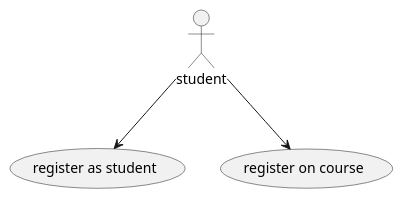
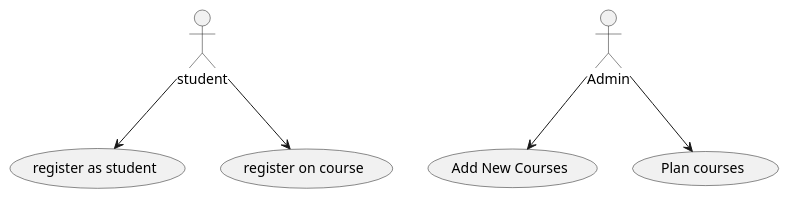
One commit to bigjim71/jpa-case changed the diagram in src/uml/usecases.puml. Above: the diagram before and after it, drawn with PlantUML. The commit also changed 1 other file, not shown here.

Commit message:
added UML diagrams for iteration 3

```diff
--- a/src/uml/usecases.puml
+++ b/src/uml/usecases.puml
@@ -1,9 +1,11 @@
 @startuml usecase_itertaion1.png
 
 
 student --> (register as student)
 student --> (register on course)
+Admin --> (Add New Courses)
+Admin --> (Plan courses)
 
 
 
 @enduml
```
